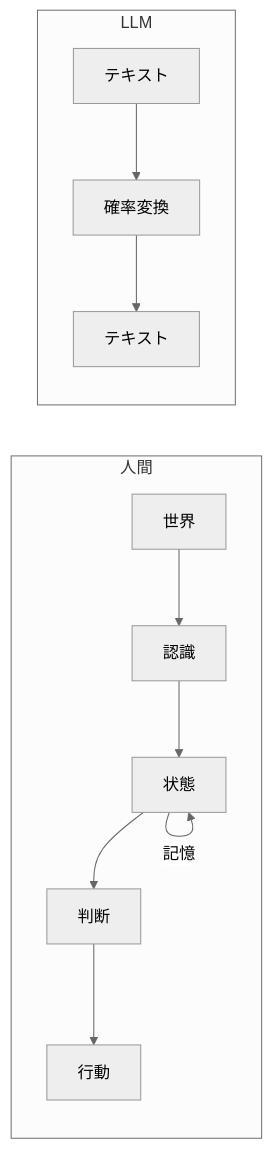
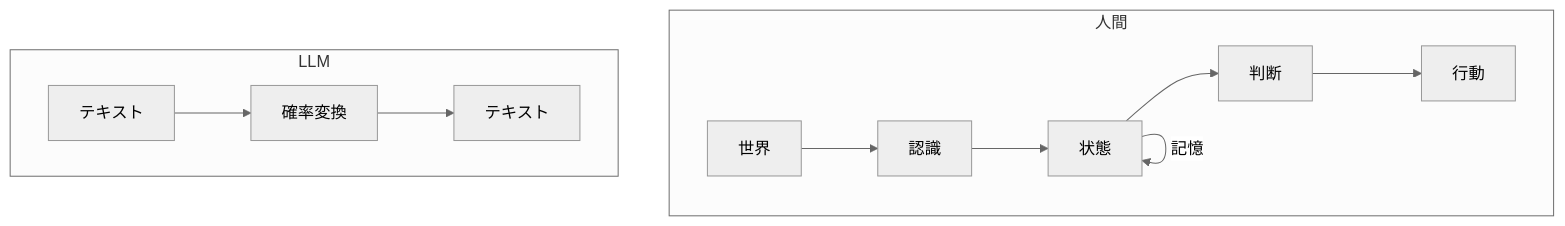
Before and after one commit to Samizo-AITL/qiita-articles: the third of 3 diagrams in articles/24_llm_structure_overview.md, drawn with Mermaid (neutral theme). The commit also changed other lines of this file, not shown here.

````diff
--- a/articles/24_llm_structure_overview.md
+++ b/articles/24_llm_structure_overview.md
@@ -126,15 +126,15 @@
 ```mermaid
-flowchart LR
+flowchart TD
     subgraph Human[人間]
         H1[世界] --> H2[認識]
         H2 --> H3[状態]
         H3 --> H4[判断]
         H4 --> H5[行動]
         H3 -->|記憶| H3
     end
 
     subgraph LLM[LLM]
         L1[テキスト] --> L2[確率変換]
         L2 --> L3[テキスト]
     end
 ```
````
